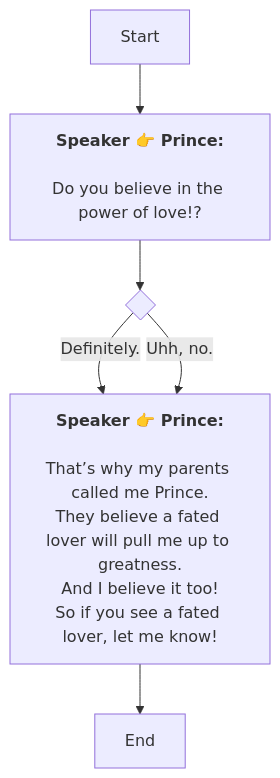
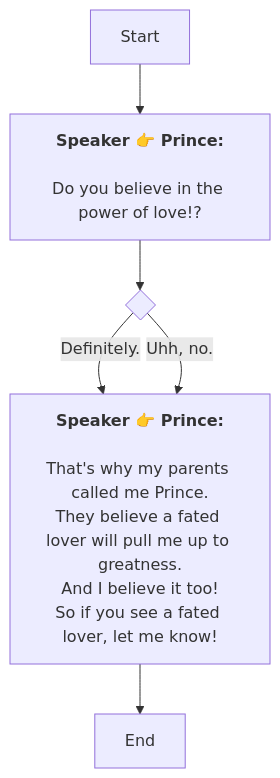
The diagram in En/AddDialogNode_1769061199392816.md (SoftHu/tos_avg), drawn with Mermaid before and after one commit. The commit also changed 312 other files, not shown here.

````diff
--- a/En/AddDialogNode_1769061199392816.md
+++ b/En/AddDialogNode_1769061199392816.md
@@ -1,21 +1,21 @@
 ```mermaid
 graph
 Start -->1769061300408371[<b>Speaker 👉 Prince:</b>
 
 Do you believe in the power of love!?]
 1769061300408371 -->1769061315290164{ }
 1769061315290164 -->|Definitely. |1769061331779641[<b>Speaker 👉 Prince:</b>
 
-That’s why my parents called me Prince.
+That's why my parents called me Prince.
 They believe a fated lover will pull me up to greatness.
 And I believe it too!
 So if you see a fated lover, let me know! ]
 1769061315290164 -->|Uhh, no.|1769061331779641[<b>Speaker 👉 Prince:</b>
 
-That’s why my parents called me Prince.
+That's why my parents called me Prince.
 They believe a fated lover will pull me up to greatness.
 And I believe it too!
 So if you see a fated lover, let me know! ]
 1769061331779641 -->1769061374106683[End]
 
  ```
````
